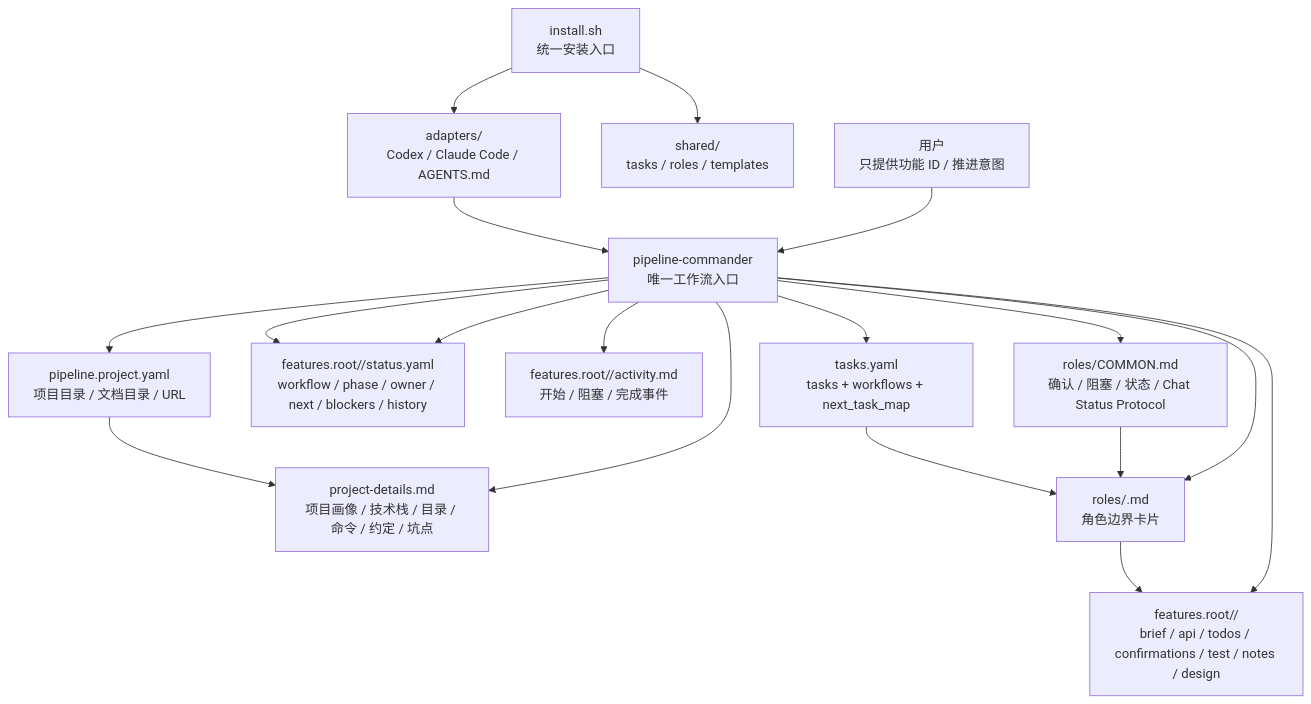
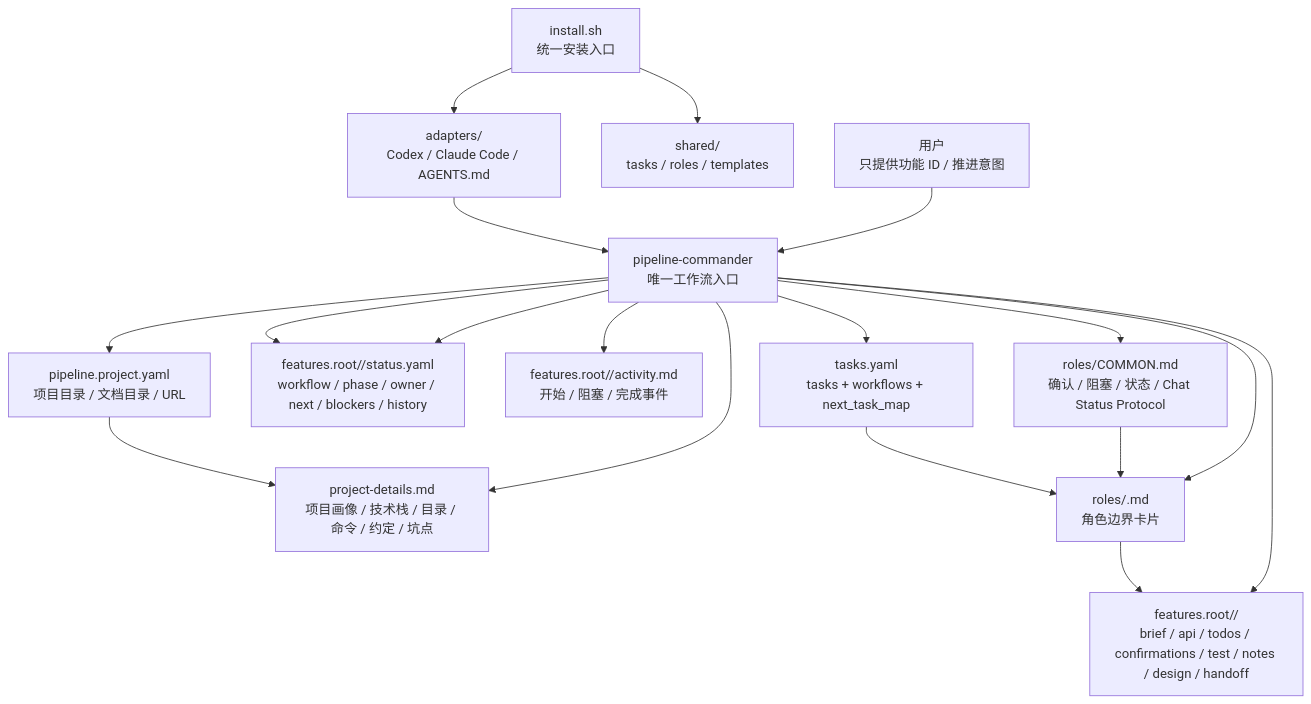
Before and after one commit to Jasmine-dong/skill_flow: the first of 6 diagrams in docs/ARCHITECTURE.md, drawn with Mermaid. The commit also changed other lines of this file and 19 other files, not shown here.

````diff
--- a/docs/ARCHITECTURE.md
+++ b/docs/ARCHITECTURE.md
@@ -5,34 +5,34 @@
 ```mermaid
 flowchart TD
   User["用户\n只提供功能 ID / 推进意图"]
   Install["install.sh\n统一安装入口"]
   Shared["shared/\ntasks / roles / templates"]
   Adapters["adapters/\nCodex / Claude Code / AGENTS.md"]
   Commander["pipeline-commander\n唯一工作流入口"]
   Config["pipeline.project.yaml\n项目目录 / 文档目录 / URL"]
   ProjectDetails["project-details.md\n项目画像 / 技术栈 / 目录 / 命令 / 约定 / 坑点"]
   Status["features.root/<feature-id>/status.yaml\nworkflow / phase / owner / next / blockers / history"]
   Activity["features.root/<feature-id>/activity.md\n开始 / 阻塞 / 完成事件"]
   Tasks["tasks.yaml\ntasks + workflows + next_task_map"]
   Common["roles/COMMON.md\n确认 / 阻塞 / 状态 / Chat Status Protocol"]
   Role["roles/<agent>.md\n角色边界卡片"]
-  Feature["features.root/<feature-id>/\nbrief / api / todos / confirmations / test / notes / design"]
+  Feature["features.root/<feature-id>/\nbrief / api / todos / confirmations / test / notes / design / handoff"]
 
   Install --> Shared
   Install --> Adapters
   Adapters --> Commander
   User --> Commander
   Commander --> Config
   Config --> ProjectDetails
   Commander --> ProjectDetails
   Commander --> Status
   Commander --> Activity
   Commander --> Tasks
   Tasks --> Role
   Commander --> Common
   Common --> Role
   Commander --> Role
   Role --> Feature
   Commander --> Feature
   Commander --> Status
 ```
````
